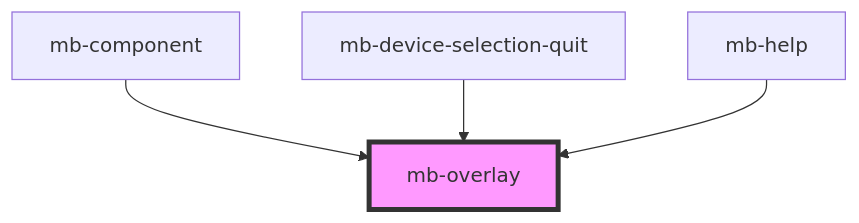
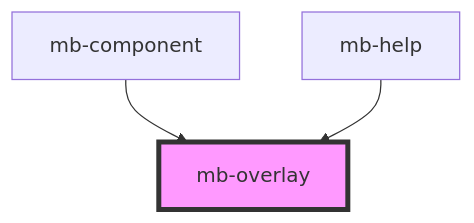
The diagram in ui/docs/components/shared/mb-overlay/readme.md (BlinkID/blinkid-in-browser), drawn with Mermaid before and after one commit. The commit also changed other lines of this file and 110 other files, not shown here.

````diff
--- a/ui/docs/components/shared/mb-overlay/readme.md
+++ b/ui/docs/components/shared/mb-overlay/readme.md
@@ -25,7 +24,6 @@
 ```mermaid
 graph TD;
   mb-component --> mb-overlay
-  mb-device-selection-quit --> mb-overlay
   mb-help --> mb-overlay
   style mb-overlay fill:#f9f,stroke:#333,stroke-width:4px
 ```
````
